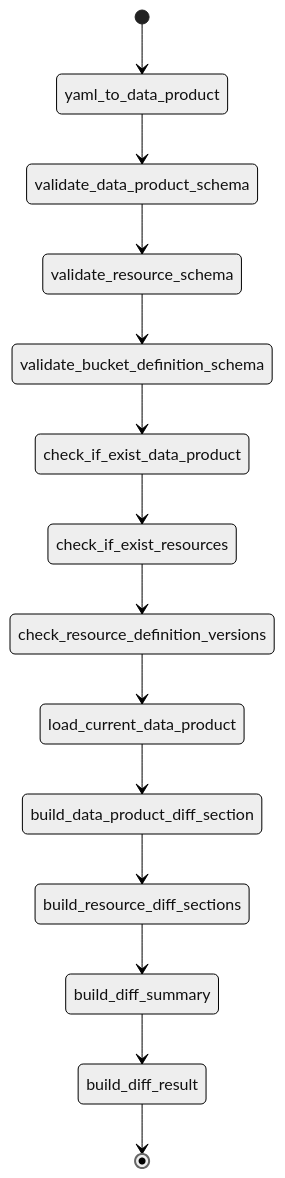
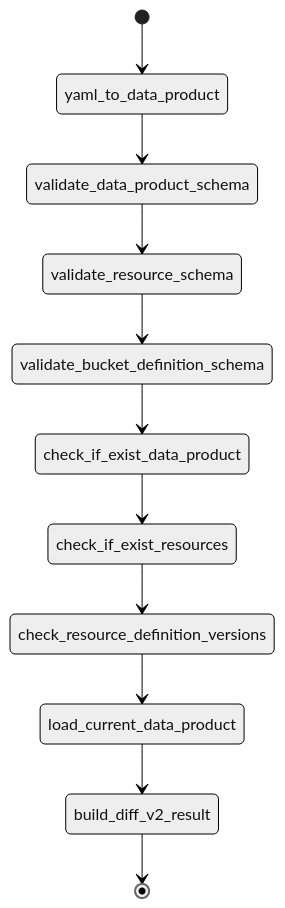
One commit to fabiangftech/catamesh changed the diagram in docs/en/architecture/diagrams/data-product.diff.mmd. Above: the diagram before and after it, drawn with Mermaid (neutral theme). The commit also changed 46 other files, not shown here.

```diff
--- a/docs/en/architecture/diagrams/data-product.diff.mmd
+++ b/docs/en/architecture/diagrams/data-product.diff.mmd
@@ -1,14 +1,11 @@
 stateDiagram-v2
     [*] --> yaml_to_data_product
     yaml_to_data_product --> validate_data_product_schema
     validate_data_product_schema --> validate_resource_schema
     validate_resource_schema --> validate_bucket_definition_schema
     validate_bucket_definition_schema --> check_if_exist_data_product
     check_if_exist_data_product --> check_if_exist_resources
     check_if_exist_resources --> check_resource_definition_versions
     check_resource_definition_versions --> load_current_data_product
-    load_current_data_product --> build_data_product_diff_section
-    build_data_product_diff_section --> build_resource_diff_sections
-    build_resource_diff_sections --> build_diff_summary
-    build_diff_summary --> build_diff_result
-    build_diff_result --> [*]
+    load_current_data_product --> build_diff_v2_result
+    build_diff_v2_result --> [*]
```
